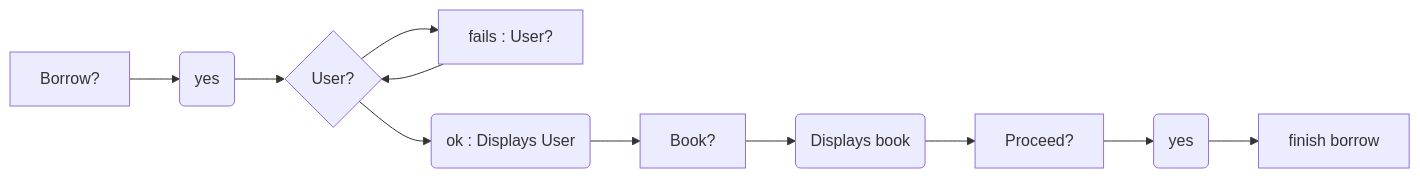
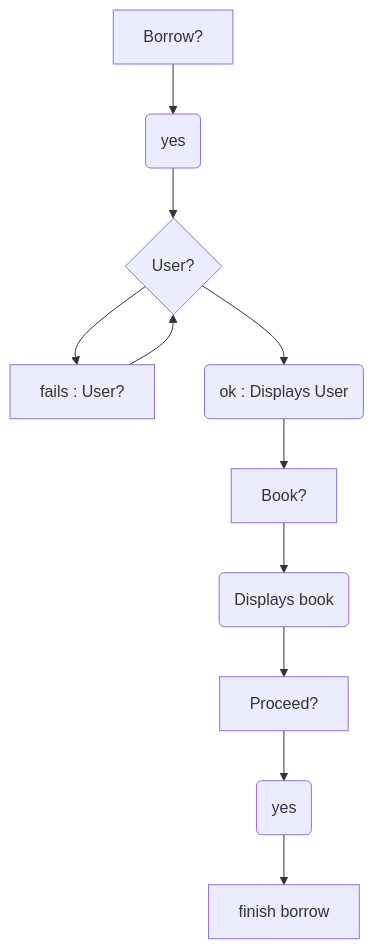
Before and after one commit to DavidMarchanDelPino/David_Wiki: the first of 4 diagrams in class_notes/january.qmd, drawn with Mermaid. The commit also changed other lines of this file, not shown here.

````diff
--- a/class_notes/january.qmd
+++ b/class_notes/january.qmd
@@ -48,14 +48,13 @@
 ```{mermaid}
-%%| fig-width: 6
-flowchart LR
+flowchart TB
   A[ Borrow? ] --> B(yes)
   B --> C{ User? }
   C --> D[ fails : User? ]
   D --> C
   C --> E( ok : Displays User)
   E --> F[Book? ]
   F --> G(Displays book)
   G --> H[Proceed? ]
   H --> I(yes)
   I --> J[finish borrow]
 ```
````
